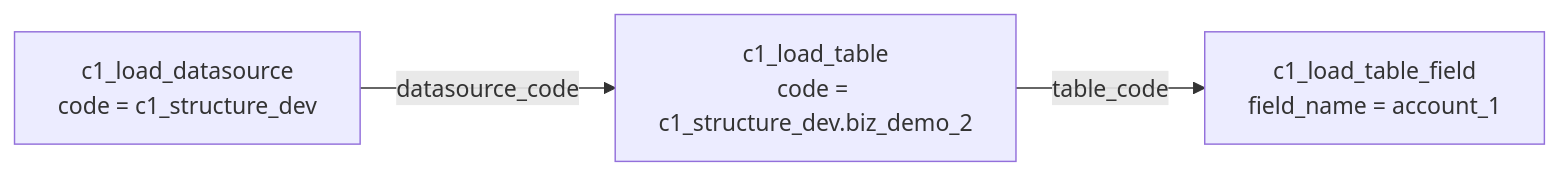
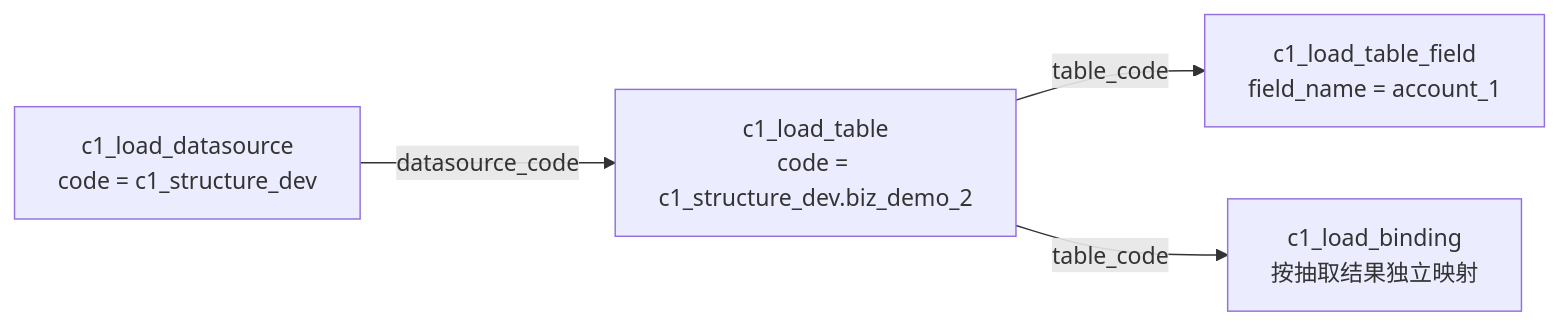
One commit to freeedoooooo/algs changed the fourth of 8 diagrams in 20-CV/c1_structure/docs/design-decoupled-extraction-loading.md. Above: the diagram before and after it, drawn with Mermaid. The commit also changed other lines of this file and 22 other files, not shown here.

````diff
--- a/20-CV/c1_structure/docs/design-decoupled-extraction-loading.md
+++ b/20-CV/c1_structure/docs/design-decoupled-extraction-loading.md
@@ -379,5 +379,6 @@
 ```mermaid
 flowchart LR
     DS["c1_load_datasource<br/>code = c1_structure_dev"] -->|"datasource_code"| LT["c1_load_table<br/>code = c1_structure_dev.biz_demo_2"]
     LT -->|"table_code"| F["c1_load_table_field<br/>field_name = account_1"]
+    LT -->|"table_code"| B["c1_load_binding<br/>按抽取结果独立映射"]
 ```
````
